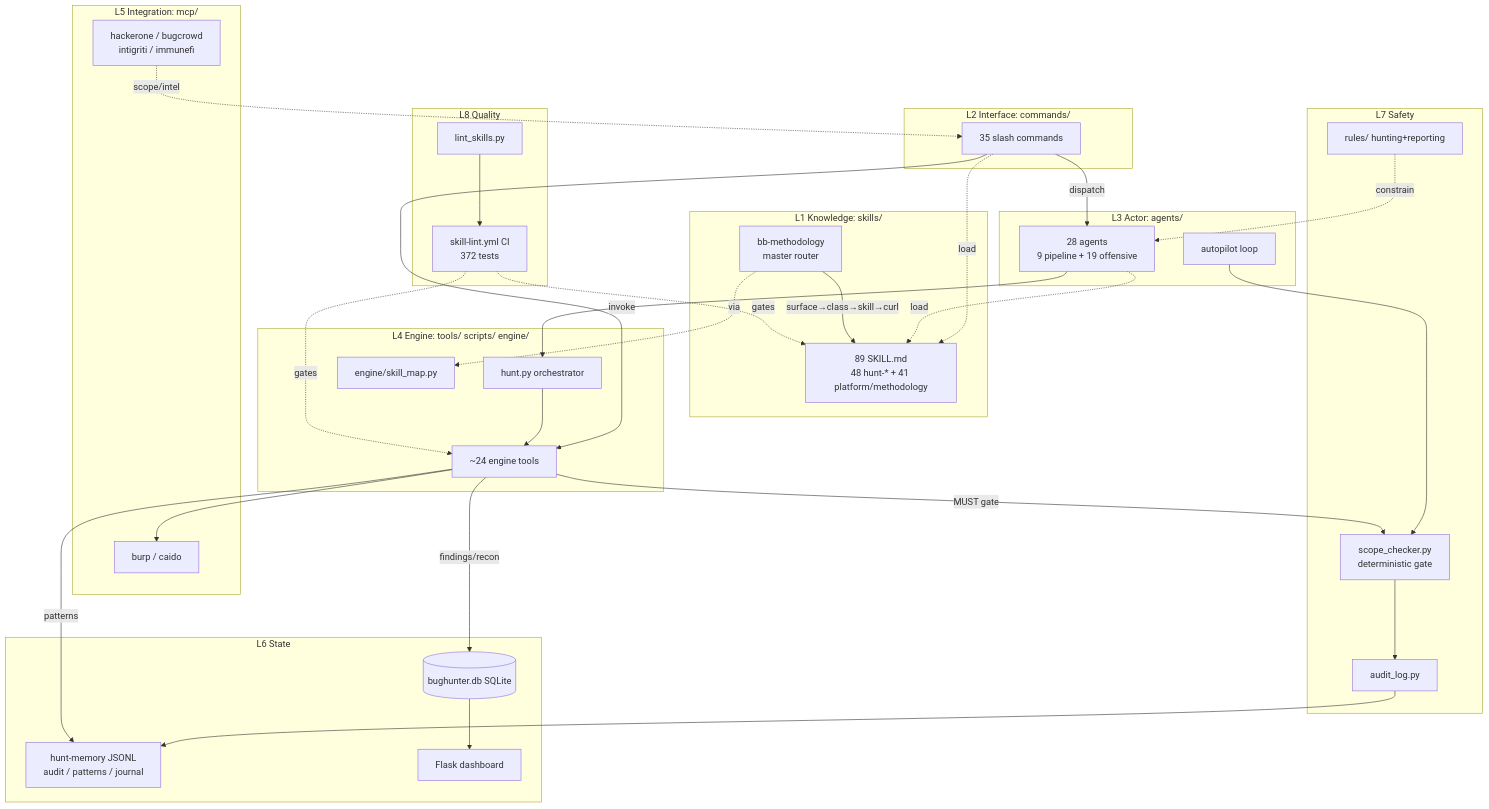
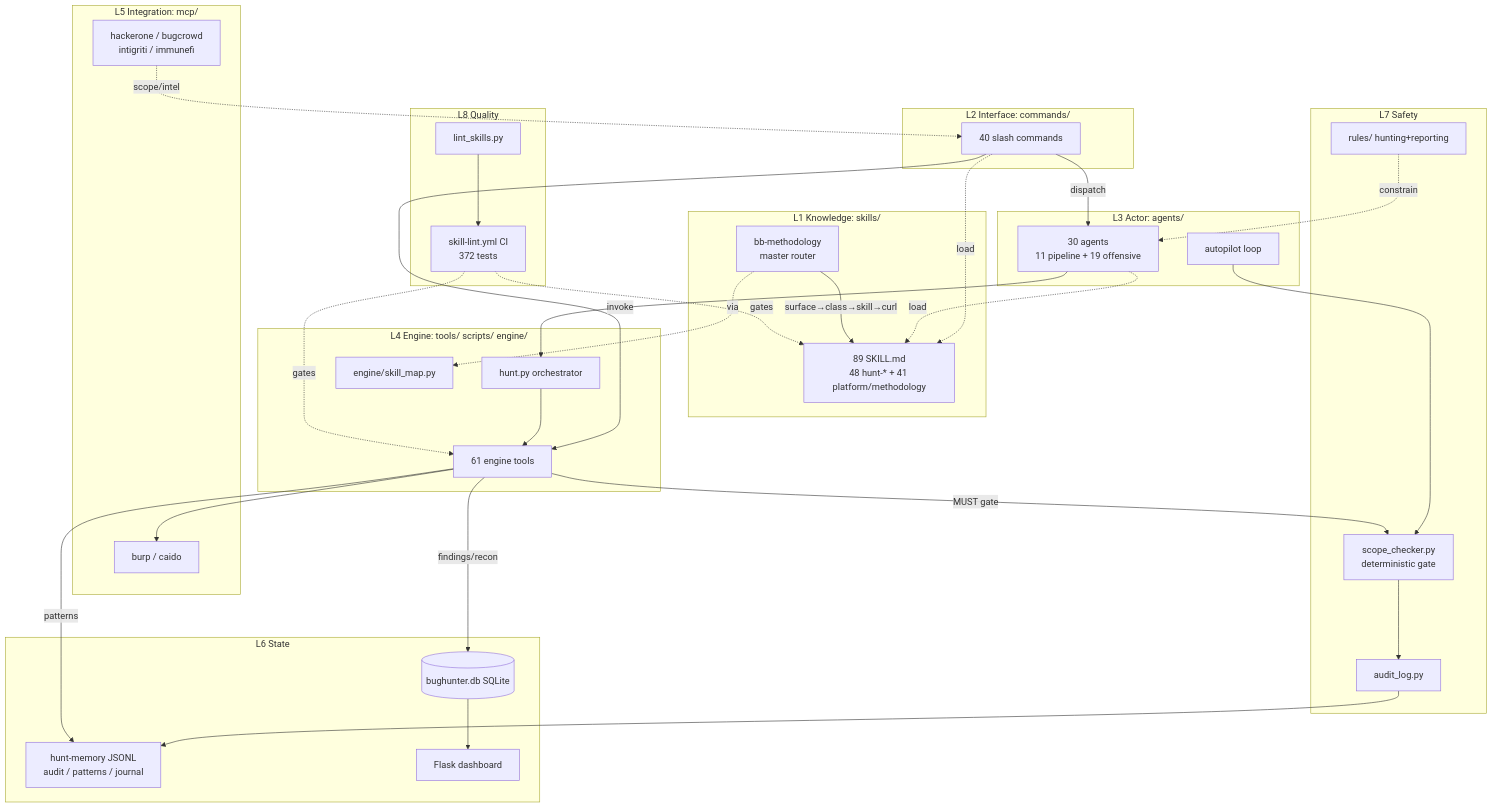
One commit to bpnrockstar/UnifiedBugHunter changed the first of 2 diagrams in docs/OVERVIEW.md. Above: the diagram before and after it, drawn with Mermaid. The commit also changed other lines of this file and 29 other files, not shown here.

````diff
--- a/docs/OVERVIEW.md
+++ b/docs/OVERVIEW.md
@@ -41,59 +41,59 @@
 ```mermaid
 graph TD
     subgraph L1[L1 Knowledge: skills/]
         SK[89 SKILL.md<br/>48 hunt-* + 41 platform/methodology]
         BBM[bb-methodology<br/>master router]
     end
     subgraph L2[L2 Interface: commands/]
-        CMD[35 slash commands]
+        CMD[40 slash commands]
     end
     subgraph L3[L3 Actor: agents/]
-        AG[28 agents<br/>9 pipeline + 19 offensive]
+        AG[30 agents<br/>11 pipeline + 19 offensive]
         AUTO[autopilot loop]
     end
     subgraph L4[L4 Engine: tools/ scripts/ engine/]
         HUNT[hunt.py orchestrator]
-        ENG[~24 engine tools]
+        ENG[61 engine tools]
         SMAP[engine/skill_map.py]
     end
     subgraph L5[L5 Integration: mcp/]
         PROXY[burp / caido]
         INTEL[hackerone / bugcrowd<br/>intigriti / immunefi]
     end
     subgraph L6[L6 State]
         JSONL[hunt-memory JSONL<br/>audit / patterns / journal]
         DB[(bughunter.db SQLite)]
         DASH[Flask dashboard]
     end
     subgraph L7[L7 Safety]
         SCOPE[scope_checker.py<br/>deterministic gate]
         AUDIT[audit_log.py]
         RULES[rules/ hunting+reporting]
     end
     subgraph L8[L8 Quality]
         LINT[lint_skills.py]
         CI[skill-lint.yml CI<br/>372 tests]
     end
 
     CMD -->|invoke| ENG
     CMD -->|dispatch| AG
     CMD -.load.-> SK
     AG -.load.-> SK
     BBM -->|surface→class→skill→curl| SK
     BBM -.via.-> SMAP
     AG --> HUNT
     HUNT --> ENG
     AUTO --> SCOPE
     ENG -->|MUST gate| SCOPE
     ENG --> PROXY
     INTEL -.scope/intel.-> CMD
     SCOPE --> AUDIT
     AUDIT --> JSONL
     ENG -->|patterns| JSONL
     ENG -->|findings/recon| DB
     DB --> DASH
     RULES -.constrain.-> AG
     LINT --> CI
     CI -.gates.-> SK
     CI -.gates.-> ENG
 ```
````
